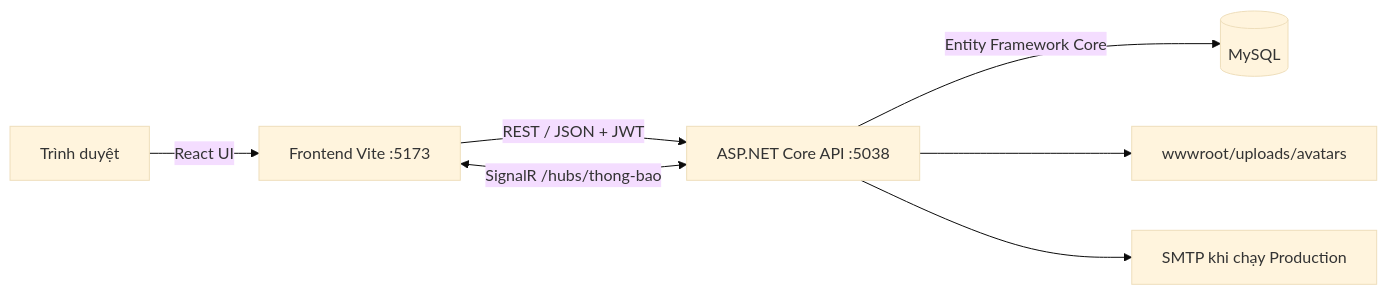
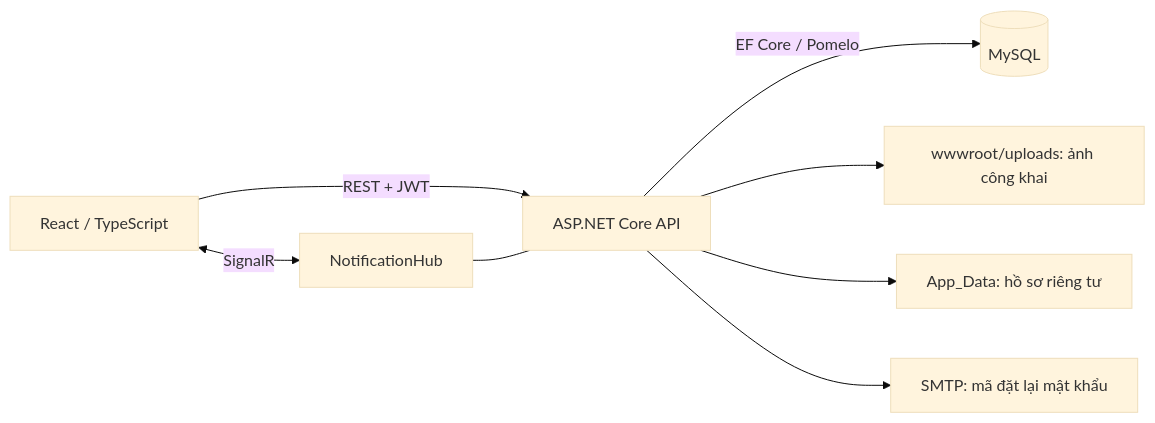
The diagram in README.md (NguynGHuy/food-ordering-system), drawn with Mermaid (base theme) before and after one commit. The commit also changed other lines of this file and 253 other files, not shown here.

````diff
--- a/README.md
+++ b/README.md
@@ -120,9 +56,10 @@
 ```mermaid
 flowchart LR
-    U[Trình duyệt] -->|React UI| FE[Frontend Vite :5173]
-    FE -->|REST / JSON + JWT| API[ASP.NET Core API :5038]
-    FE <-->|SignalR /hubs/thong-bao| API
-    API -->|Entity Framework Core| DB[(MySQL)]
-    API --> FS[wwwroot/uploads/avatars]
-    API --> SMTP[SMTP khi chạy Production]
+    Browser["React / TypeScript"] -->|"REST + JWT"| API["ASP.NET Core API"]
+    Browser <-->|"SignalR"| Hub["NotificationHub"]
+    Hub --- API
+    API -->|"EF Core / Pomelo"| DB[("MySQL")]
+    API --> Public["wwwroot/uploads: ảnh công khai"]
+    API --> Private["App_Data: hồ sơ riêng tư"]
+    API --> SMTP["SMTP: mã đặt lại mật khẩu"]
 ```
````
